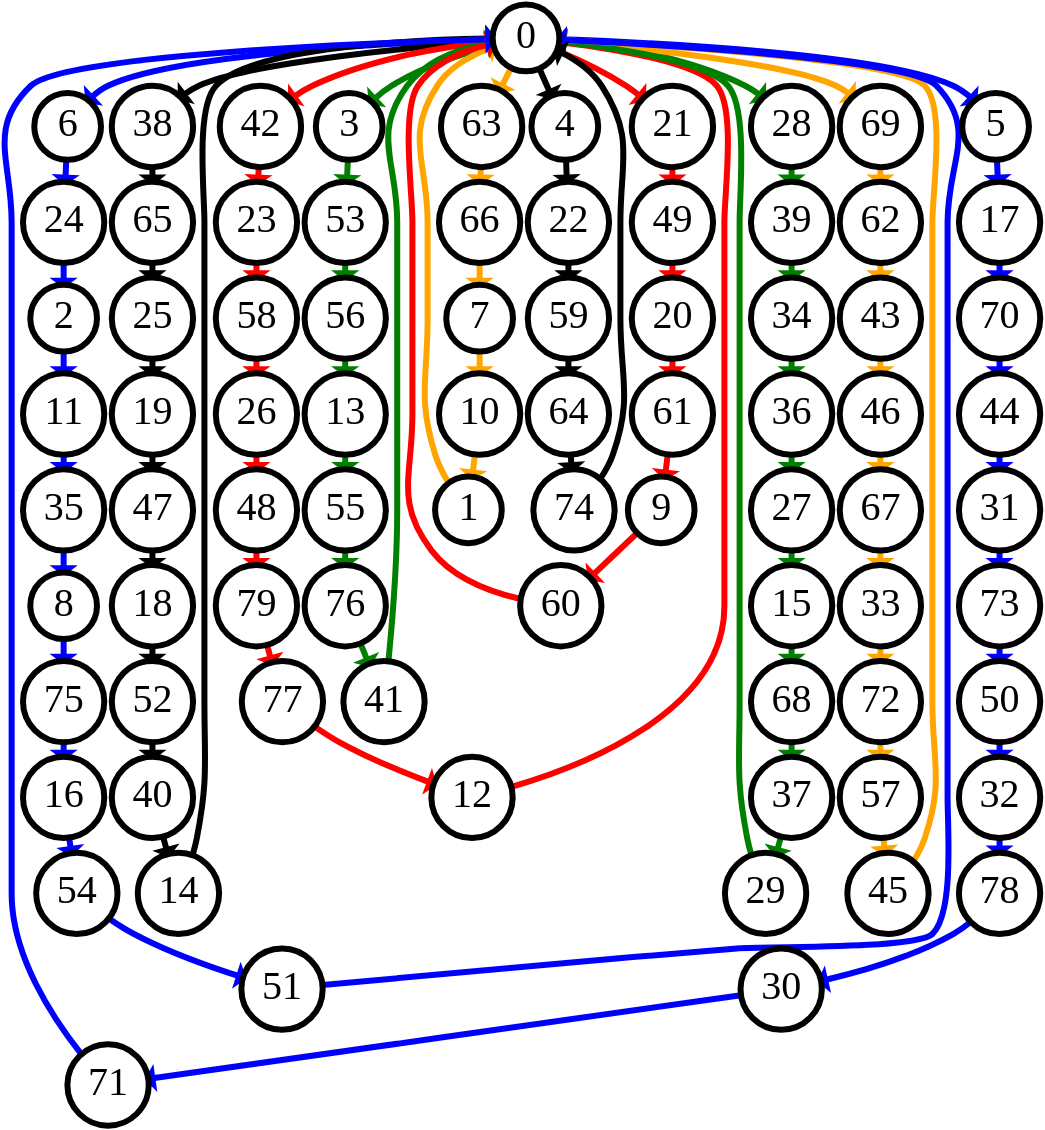
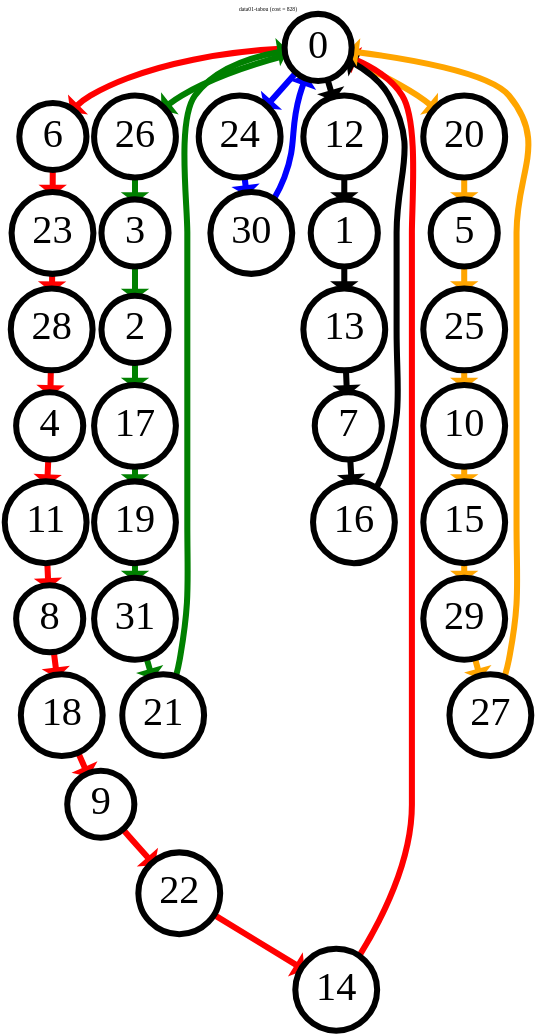
One commit to Elomidas/CVRP changed the diagram in graphviz/tmp.dot. Above: the diagram before and after it, drawn with Graphviz. The commit also changed 9 other files, not shown here.

```diff
--- a/graphviz/tmp.dot
+++ b/graphviz/tmp.dot
@@ -1,174 +1,75 @@
 digraph g {
+labelloc="t";
+label="data01-tabou (cost = 828)";
 margin="3,3!";
 outputorder="edgesfirst";
 node [fontsize = 100, shape=circle, fillcolor=white, style=filled];
-0 [pos = "92,92!", penwidth=15];
-1 [pos = "88,58!", penwidth=15];
-2 [pos = "70,6!", penwidth=15];
-3 [pos = "57,59!", penwidth=15];
-4 [pos = "0,98!", penwidth=15];
-5 [pos = "61,38!", penwidth=15];
-6 [pos = "65,22!", penwidth=15];
-7 [pos = "91,52!", penwidth=15];
-8 [pos = "59,2!", penwidth=15];
-9 [pos = "3,54!", penwidth=15];
-10 [pos = "95,38!", penwidth=15];
-11 [pos = "80,28!", penwidth=15];
-12 [pos = "66,42!", penwidth=15];
-13 [pos = "79,74!", penwidth=15];
-14 [pos = "99,25!", penwidth=15];
-15 [pos = "20,43!", penwidth=15];
-16 [pos = "40,3!", penwidth=15];
-17 [pos = "50,42!", penwidth=15];
-18 [pos = "97,0!", penwidth=15];
-19 [pos = "21,19!", penwidth=15];
-20 [pos = "36,21!", penwidth=15];
-21 [pos = "100,61!", penwidth=15];
-22 [pos = "11,85!", penwidth=15];
-23 [pos = "69,35!", penwidth=15];
-24 [pos = "69,22!", penwidth=15];
-25 [pos = "29,35!", penwidth=15];
-26 [pos = "14,9!", penwidth=15];
-27 [pos = "50,33!", penwidth=15];
-28 [pos = "89,17!", penwidth=15];
-29 [pos = "57,44!", penwidth=15];
-30 [pos = "60,25!", penwidth=15];
-31 [pos = "48,42!", penwidth=15];
-32 [pos = "17,93!", penwidth=15];
-33 [pos = "21,50!", penwidth=15];
-34 [pos = "77,18!", penwidth=15];
-35 [pos = "2,4!", penwidth=15];
-36 [pos = "63,83!", penwidth=15];
-37 [pos = "68,6!", penwidth=15];
-38 [pos = "41,95!", penwidth=15];
-39 [pos = "48,54!", penwidth=15];
-40 [pos = "98,73!", penwidth=15];
-41 [pos = "26,38!", penwidth=15];
-42 [pos = "69,76!", penwidth=15];
-43 [pos = "40,1!", penwidth=15];
-44 [pos = "65,41!", penwidth=15];
-45 [pos = "14,86!", penwidth=15];
-46 [pos = "32,39!", penwidth=15];
-47 [pos = "14,24!", penwidth=15];
-48 [pos = "96,5!", penwidth=15];
-49 [pos = "82,98!", penwidth=15];
-50 [pos = "23,85!", penwidth=15];
-51 [pos = "63,69!", penwidth=15];
-52 [pos = "87,19!", penwidth=15];
-53 [pos = "56,75!", penwidth=15];
-54 [pos = "15,63!", penwidth=15];
-55 [pos = "10,45!", penwidth=15];
-56 [pos = "7,30!", penwidth=15];
-57 [pos = "31,11!", penwidth=15];
-58 [pos = "36,93!", penwidth=15];
-59 [pos = "50,31!", penwidth=15];
-60 [pos = "49,52!", penwidth=15];
-61 [pos = "39,10!", penwidth=15];
-62 [pos = "76,40!", penwidth=15];
-63 [pos = "83,34!", penwidth=15];
-64 [pos = "33,51!", penwidth=15];
-65 [pos = "0,15!", penwidth=15];
-66 [pos = "52,82!", penwidth=15];
-67 [pos = "52,82!", penwidth=15];
-68 [pos = "46,6!", penwidth=15];
-69 [pos = "3,26!", penwidth=15];
-70 [pos = "46,80!", penwidth=15];
-71 [pos = "94,30!", penwidth=15];
-72 [pos = "26,76!", penwidth=15];
-73 [pos = "75,92!", penwidth=15];
-74 [pos = "57,51!", penwidth=15];
-75 [pos = "34,21!", penwidth=15];
-76 [pos = "28,80!", penwidth=15];
-77 [pos = "59,66!", penwidth=15];
-78 [pos = "51,16!", penwidth=15];
-79 [pos = "87,11!", penwidth=15];
-0->5 [color=blue, penwidth=15];
-5->17 [color=blue, penwidth=15];
-17->70 [color=blue, penwidth=15];
-70->44 [color=blue, penwidth=15];
-44->31 [color=blue, penwidth=15];
-31->73 [color=blue, penwidth=15];
-73->50 [color=blue, penwidth=15];
-50->32 [color=blue, penwidth=15];
-32->78 [color=blue, penwidth=15];
-78->30 [color=blue, penwidth=15];
-30->71 [color=blue, penwidth=15];
-71->0 [color=blue, penwidth=15];
-0->42 [color=red, penwidth=15];
-42->23 [color=red, penwidth=15];
-23->58 [color=red, penwidth=15];
-58->26 [color=red, penwidth=15];
-26->48 [color=red, penwidth=15];
-48->79 [color=red, penwidth=15];
-79->77 [color=red, penwidth=15];
-77->12 [color=red, penwidth=15];
-12->0 [color=red, penwidth=15];
-0->4 [color=black, penwidth=15];
-4->22 [color=black, penwidth=15];
-22->59 [color=black, penwidth=15];
-59->64 [color=black, penwidth=15];
-64->74 [color=black, penwidth=15];
-74->0 [color=black, penwidth=15];
-0->3 [color=green, penwidth=15];
-3->53 [color=green, penwidth=15];
-53->56 [color=green, penwidth=15];
-56->13 [color=green, penwidth=15];
-13->55 [color=green, penwidth=15];
-55->76 [color=green, penwidth=15];
-76->41 [color=green, penwidth=15];
-41->0 [color=green, penwidth=15];
-0->69 [color=orange, penwidth=15];
-69->62 [color=orange, penwidth=15];
-62->43 [color=orange, penwidth=15];
-43->46 [color=orange, penwidth=15];
-46->67 [color=orange, penwidth=15];
-67->33 [color=orange, penwidth=15];
-33->72 [color=orange, penwidth=15];
-72->57 [color=orange, penwidth=15];
-57->45 [color=orange, penwidth=15];
-45->0 [color=orange, penwidth=15];
-0->6 [color=blue, penwidth=15];
-6->24 [color=blue, penwidth=15];
-24->2 [color=blue, penwidth=15];
-2->11 [color=blue, penwidth=15];
-11->35 [color=blue, penwidth=15];
-35->8 [color=blue, penwidth=15];
-8->75 [color=blue, penwidth=15];
-75->16 [color=blue, penwidth=15];
-16->54 [color=blue, penwidth=15];
-54->51 [color=blue, penwidth=15];
-51->0 [color=blue, penwidth=15];
-0->21 [color=red, penwidth=15];
-21->49 [color=red, penwidth=15];
-49->20 [color=red, penwidth=15];
-20->61 [color=red, penwidth=15];
-61->9 [color=red, penwidth=15];
-9->60 [color=red, penwidth=15];
-60->0 [color=red, penwidth=15];
-0->38 [color=black, penwidth=15];
-38->65 [color=black, penwidth=15];
-65->25 [color=black, penwidth=15];
-25->19 [color=black, penwidth=15];
-19->47 [color=black, penwidth=15];
-47->18 [color=black, penwidth=15];
-18->52 [color=black, penwidth=15];
-52->40 [color=black, penwidth=15];
-40->14 [color=black, penwidth=15];
-14->0 [color=black, penwidth=15];
-0->28 [color=green, penwidth=15];
-28->39 [color=green, penwidth=15];
-39->34 [color=green, penwidth=15];
-34->36 [color=green, penwidth=15];
-36->27 [color=green, penwidth=15];
-27->15 [color=green, penwidth=15];
-15->68 [color=green, penwidth=15];
-68->37 [color=green, penwidth=15];
-37->29 [color=green, penwidth=15];
-29->0 [color=green, penwidth=15];
-0->63 [color=orange, penwidth=15];
-63->66 [color=orange, penwidth=15];
-66->7 [color=orange, penwidth=15];
-7->10 [color=orange, penwidth=15];
-10->1 [color=orange, penwidth=15];
-1->0 [color=orange, penwidth=15];
+0 [pos = "82,76!", penwidth=15];
+1 [pos = "96,44!", penwidth=15];
+2 [pos = "50,5!", penwidth=15];
+3 [pos = "49,8!", penwidth=15];
+4 [pos = "13,7!", penwidth=15];
+5 [pos = "29,89!", penwidth=15];
+6 [pos = "58,30!", penwidth=15];
+7 [pos = "84,39!", penwidth=15];
+8 [pos = "14,24!", penwidth=15];
+9 [pos = "2,39!", penwidth=15];
+10 [pos = "3,82!", penwidth=15];
+11 [pos = "5,10!", penwidth=15];
+12 [pos = "98,52!", penwidth=15];
+13 [pos = "84,25!", penwidth=15];
+14 [pos = "61,59!", penwidth=15];
+15 [pos = "1,65!", penwidth=15];
+16 [pos = "88,51!", penwidth=15];
+17 [pos = "91,2!", penwidth=15];
+18 [pos = "19,32!", penwidth=15];
+19 [pos = "93,3!", penwidth=15];
+20 [pos = "50,93!", penwidth=15];
+21 [pos = "98,14!", penwidth=15];
+22 [pos = "5,42!", penwidth=15];
+23 [pos = "42,9!", penwidth=15];
+24 [pos = "61,62!", penwidth=15];
+25 [pos = "9,97!", penwidth=15];
+26 [pos = "80,55!", penwidth=15];
+27 [pos = "57,69!", penwidth=15];
+28 [pos = "23,15!", penwidth=15];
+29 [pos = "20,70!", penwidth=15];
+30 [pos = "85,60!", penwidth=15];
+31 [pos = "98,5!", penwidth=15];
+0->24 [color=blue, penwidth=15];
+24->30 [color=blue, penwidth=15];
+30->0 [color=blue, penwidth=15];
+0->6 [color=red, penwidth=15];
+6->23 [color=red, penwidth=15];
+23->28 [color=red, penwidth=15];
+28->4 [color=red, penwidth=15];
+4->11 [color=red, penwidth=15];
+11->8 [color=red, penwidth=15];
+8->18 [color=red, penwidth=15];
+18->9 [color=red, penwidth=15];
+9->22 [color=red, penwidth=15];
+22->14 [color=red, penwidth=15];
+14->0 [color=red, penwidth=15];
+0->12 [color=black, penwidth=15];
+12->1 [color=black, penwidth=15];
+1->13 [color=black, penwidth=15];
+13->7 [color=black, penwidth=15];
+7->16 [color=black, penwidth=15];
+16->0 [color=black, penwidth=15];
+0->26 [color=green, penwidth=15];
+26->3 [color=green, penwidth=15];
+3->2 [color=green, penwidth=15];
+2->17 [color=green, penwidth=15];
+17->19 [color=green, penwidth=15];
+19->31 [color=green, penwidth=15];
+31->21 [color=green, penwidth=15];
+21->0 [color=green, penwidth=15];
+0->20 [color=orange, penwidth=15];
+20->5 [color=orange, penwidth=15];
+5->25 [color=orange, penwidth=15];
+25->10 [color=orange, penwidth=15];
+10->15 [color=orange, penwidth=15];
+15->29 [color=orange, penwidth=15];
+29->27 [color=orange, penwidth=15];
+27->0 [color=orange, penwidth=15];
 }
```
